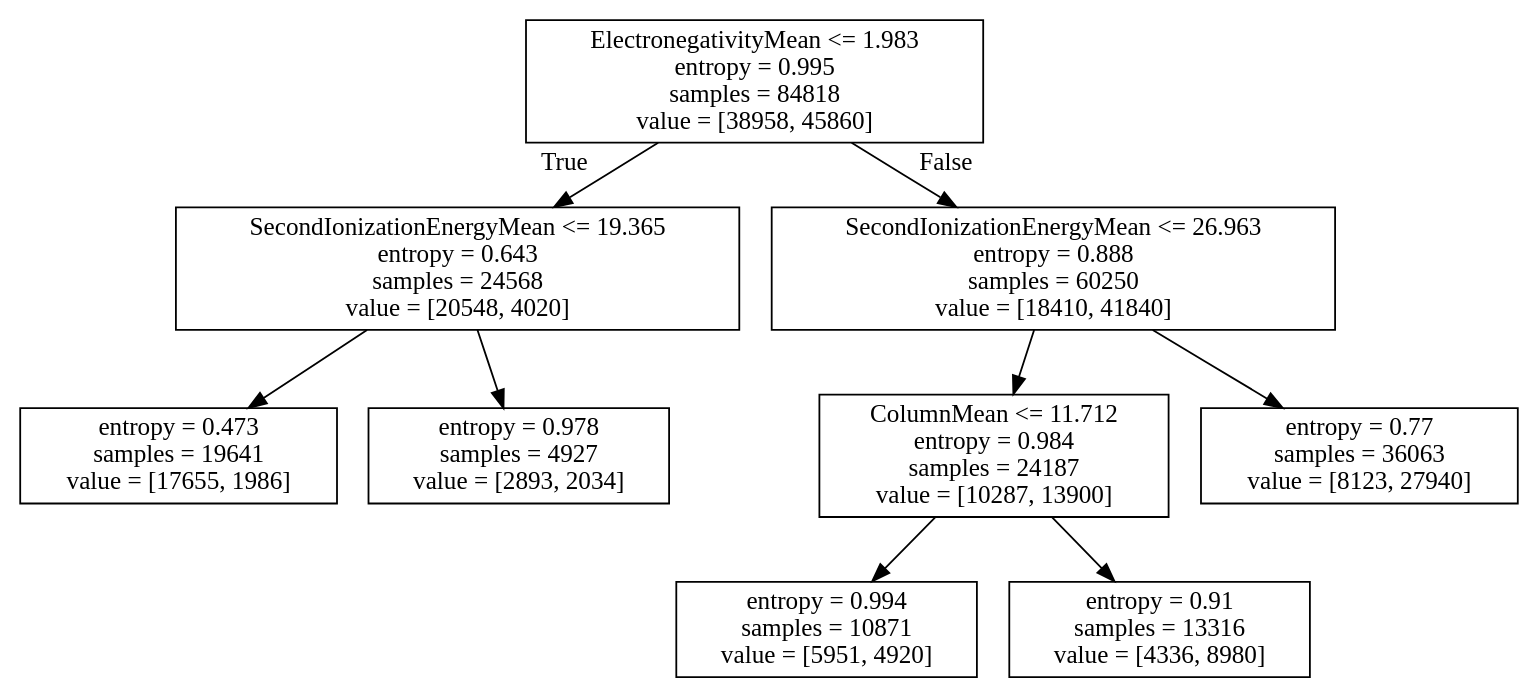
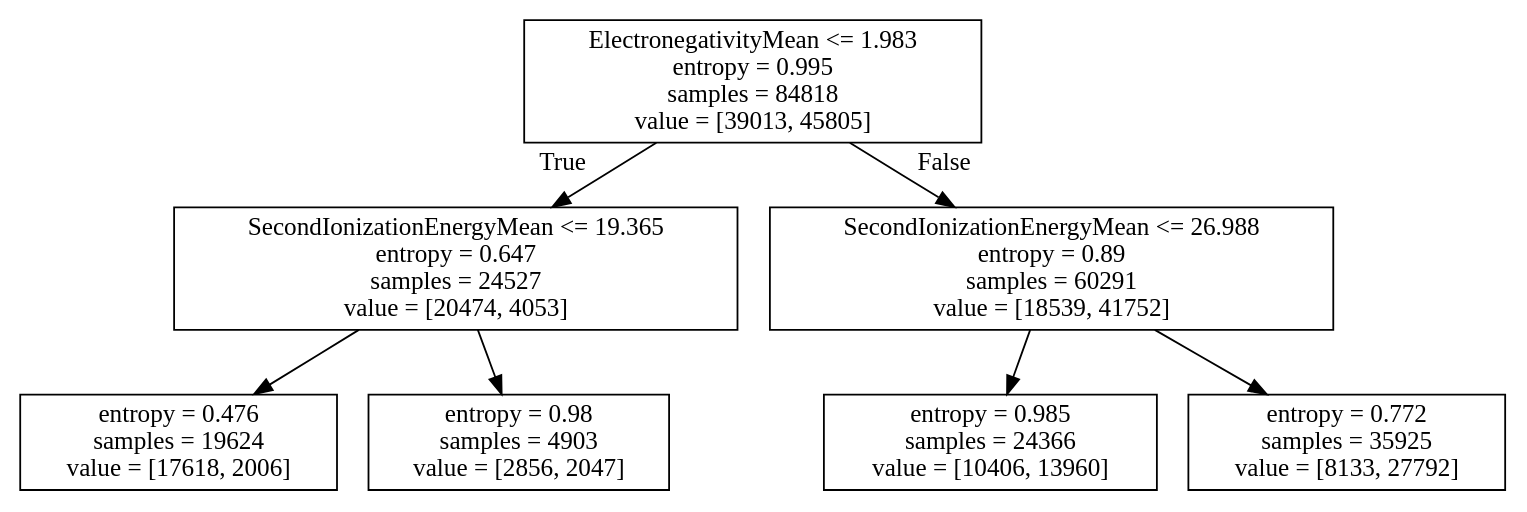
One commit to materialsvirtuallab/nano281 changed the diagram in lectures/metal_insulator_tree.dot. Above: the diagram before and after it, drawn with Graphviz. The commit also changed 1 other file, not shown here.

```diff
--- a/lectures/metal_insulator_tree.dot
+++ b/lectures/metal_insulator_tree.dot
@@ -1,20 +1,16 @@
 digraph Tree {
 node [shape=box] ;
-0 [label="ElectronegativityMean <= 1.983\nentropy = 0.995\nsamples = 84818\nvalue = [38958, 45860]"] ;
-1 [label="SecondIonizationEnergyMean <= 19.365\nentropy = 0.643\nsamples = 24568\nvalue = [20548, 4020]"] ;
+0 [label="ElectronegativityMean <= 1.983\nentropy = 0.995\nsamples = 84818\nvalue = [39013, 45805]"] ;
+1 [label="SecondIonizationEnergyMean <= 19.365\nentropy = 0.647\nsamples = 24527\nvalue = [20474, 4053]"] ;
 0 -> 1 [labeldistance=2.5, labelangle=45, headlabel="True"] ;
-2 [label="entropy = 0.473\nsamples = 19641\nvalue = [17655, 1986]"] ;
+2 [label="entropy = 0.476\nsamples = 19624\nvalue = [17618, 2006]"] ;
 1 -> 2 ;
-3 [label="entropy = 0.978\nsamples = 4927\nvalue = [2893, 2034]"] ;
+3 [label="entropy = 0.98\nsamples = 4903\nvalue = [2856, 2047]"] ;
 1 -> 3 ;
-4 [label="SecondIonizationEnergyMean <= 26.963\nentropy = 0.888\nsamples = 60250\nvalue = [18410, 41840]"] ;
+4 [label="SecondIonizationEnergyMean <= 26.988\nentropy = 0.89\nsamples = 60291\nvalue = [18539, 41752]"] ;
 0 -> 4 [labeldistance=2.5, labelangle=-45, headlabel="False"] ;
-5 [label="ColumnMean <= 11.712\nentropy = 0.984\nsamples = 24187\nvalue = [10287, 13900]"] ;
+5 [label="entropy = 0.985\nsamples = 24366\nvalue = [10406, 13960]"] ;
 4 -> 5 ;
-6 [label="entropy = 0.994\nsamples = 10871\nvalue = [5951, 4920]"] ;
-5 -> 6 ;
-7 [label="entropy = 0.91\nsamples = 13316\nvalue = [4336, 8980]"] ;
-5 -> 7 ;
-8 [label="entropy = 0.77\nsamples = 36063\nvalue = [8123, 27940]"] ;
-4 -> 8 ;
+6 [label="entropy = 0.772\nsamples = 35925\nvalue = [8133, 27792]"] ;
+4 -> 6 ;
 }
```
